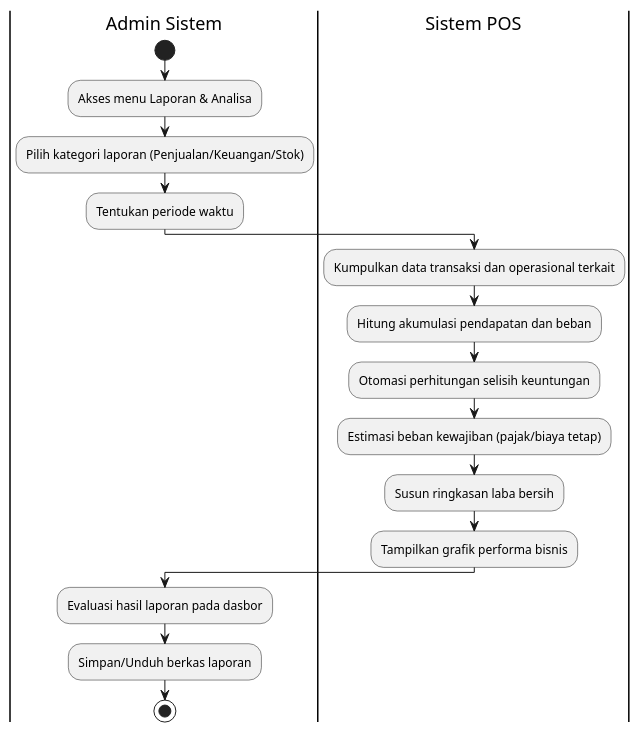
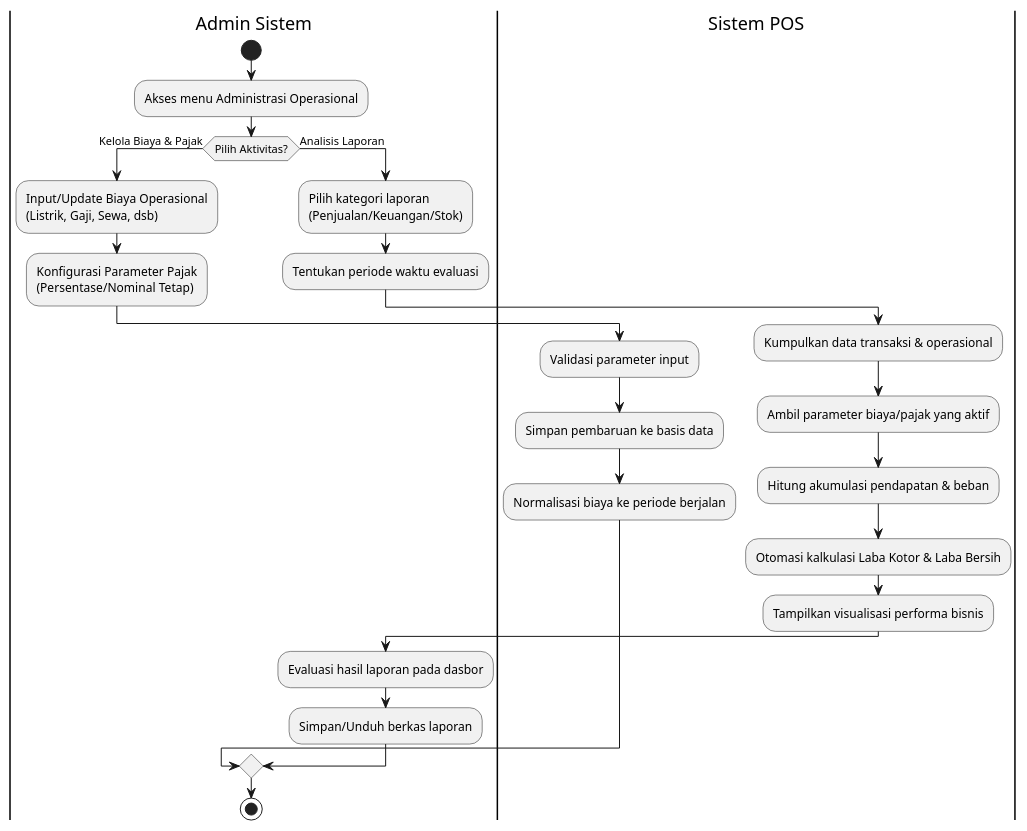
One commit to Aditiarzky/pos-app changed the diagram in docs/uml-activity-operations.puml. Above: the diagram before and after it, drawn with PlantUML. The commit also changed 30 other files, not shown here.

```diff
--- a/docs/uml-activity-operations.puml
+++ b/docs/uml-activity-operations.puml
@@ -1,20 +1,31 @@
 @startuml
 |Admin Sistem|
 start
-:Akses menu Laporan & Analisa;
-:Pilih kategori laporan (Penjualan/Keuangan/Stok);
-:Tentukan periode waktu;
+:Akses menu Administrasi Operasional;
+if (Pilih Aktivitas?) then (Kelola Biaya & Pajak)
+  :Input/Update Biaya Operasional\n(Listrik, Gaji, Sewa, dsb);
+  :Konfigurasi Parameter Pajak\n(Persentase/Nominal Tetap);
+  
+  |Sistem POS|
+  :Validasi parameter input;
+  :Simpan pembaruan ke basis data;
+  :Normalisasi biaya ke periode berjalan;
+else (Analisis Laporan)
+  |Admin Sistem|
+  :Pilih kategori laporan\n(Penjualan/Keuangan/Stok);
+  :Tentukan periode waktu evaluasi;
+  
+  |Sistem POS|
+  :Kumpulkan data transaksi & operasional;
+  :Ambil parameter biaya/pajak yang aktif;
+  :Hitung akumulasi pendapatan & beban;
+  :Otomasi kalkulasi Laba Kotor & Laba Bersih;
+  :Tampilkan visualisasi performa bisnis;
+  
+  |Admin Sistem|
+  :Evaluasi hasil laporan pada dasbor;
+  :Simpan/Unduh berkas laporan;
+endif
 
-|Sistem POS|
-:Kumpulkan data transaksi dan operasional terkait;
-:Hitung akumulasi pendapatan dan beban;
-:Otomasi perhitungan selisih keuntungan;
-:Estimasi beban kewajiban (pajak/biaya tetap);
-:Susun ringkasan laba bersih;
-:Tampilkan grafik performa bisnis;
-
-|Admin Sistem|
-:Evaluasi hasil laporan pada dasbor;
-:Simpan/Unduh berkas laporan;
 stop
 @enduml
```
